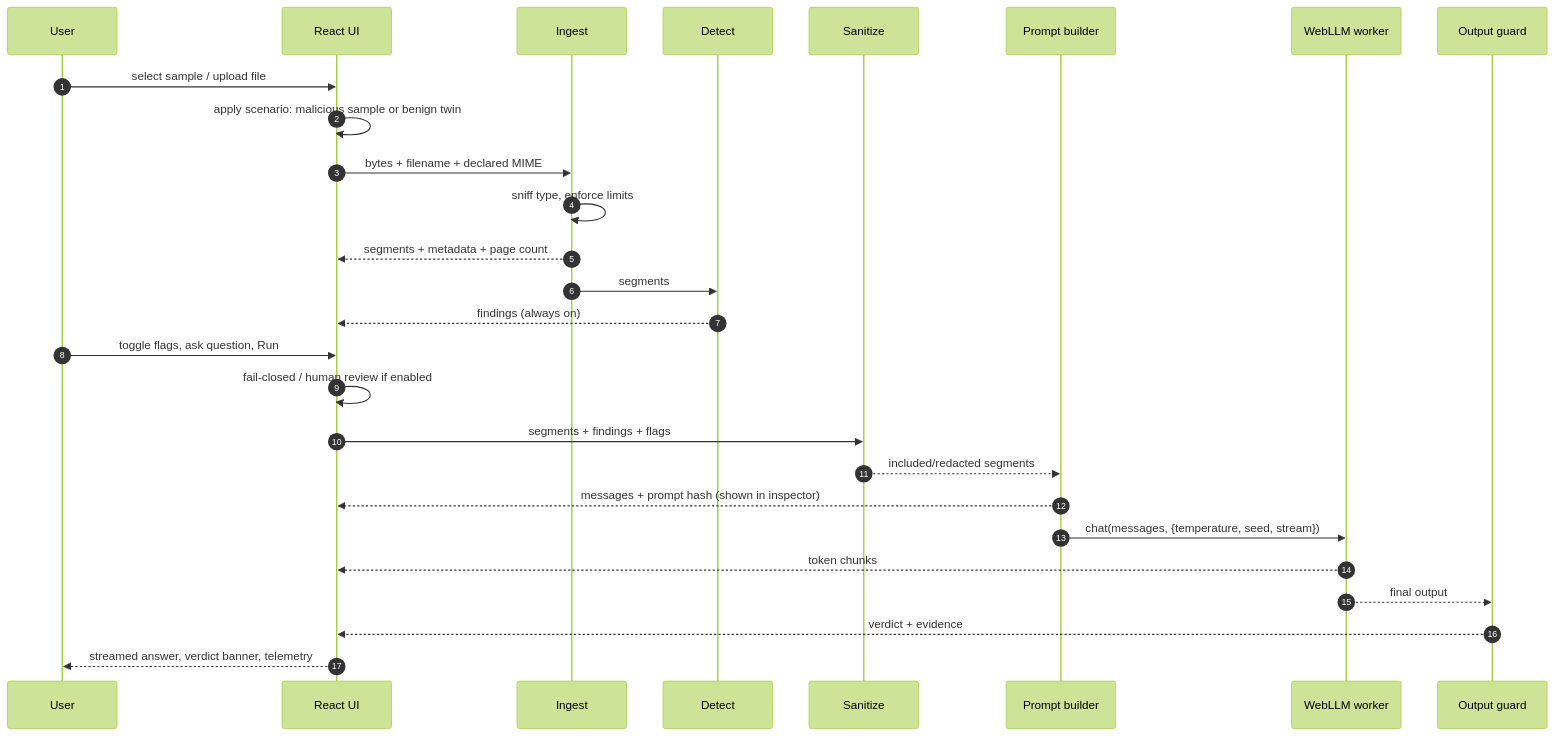
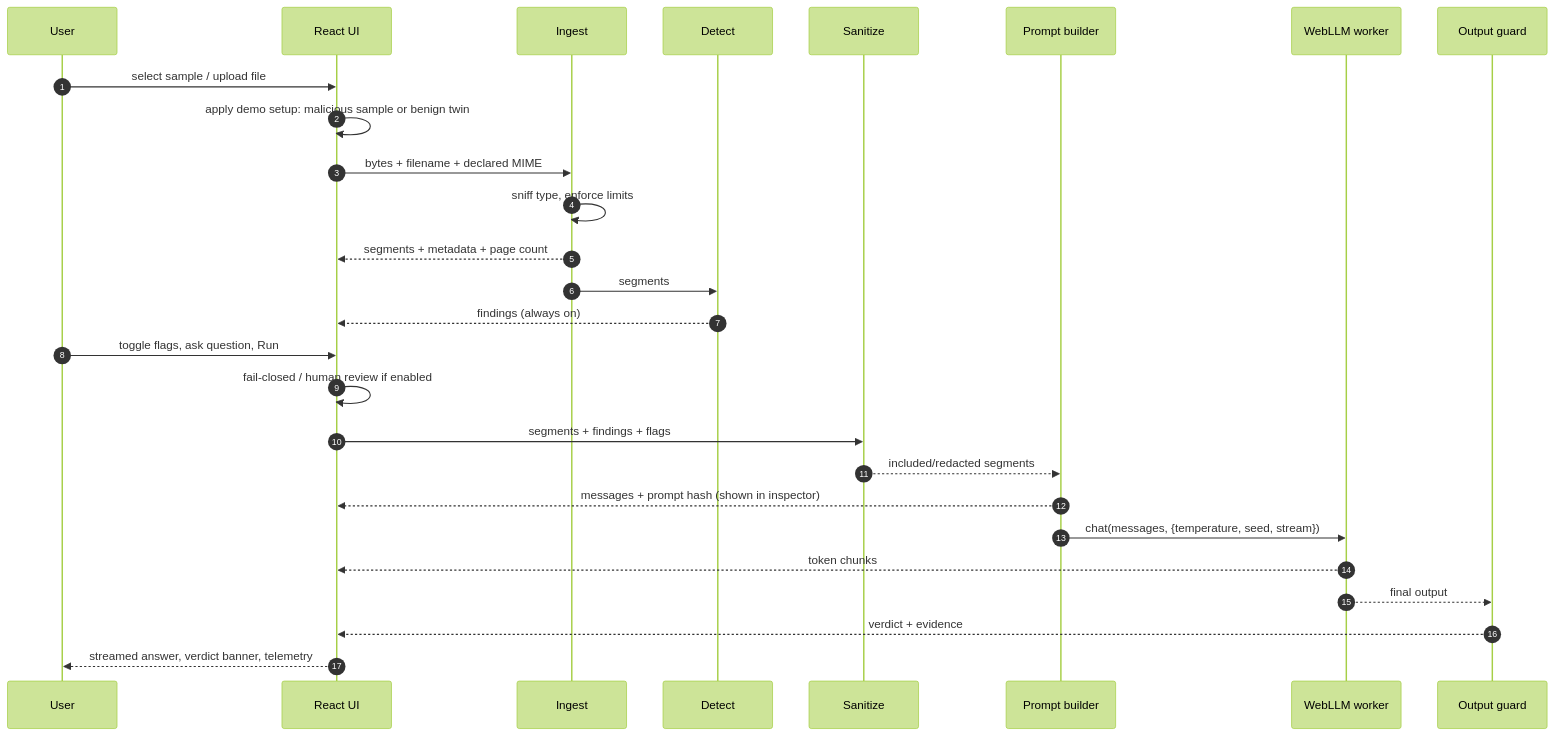
Before and after one commit to Soto92/product-tool-pocs: the third of 3 diagrams in prompt-injection-lab/docs/02-architecture.md, drawn with Mermaid (forest theme). The commit also changed other lines of this file and 68 other files, not shown here.

````diff
--- a/prompt-injection-lab/docs/02-architecture.md
+++ b/prompt-injection-lab/docs/02-architecture.md
@@ -367,30 +371,30 @@
 ```mermaid
 sequenceDiagram
     autonumber
     participant U as User
     participant UI as React UI
     participant ING as Ingest
     participant DET as Detect
     participant SAN as Sanitize
     participant PB as Prompt builder
     participant W as WebLLM worker
     participant OG as Output guard
 
     U->>UI: select sample / upload file
-    UI->>UI: apply scenario: malicious sample or benign twin
+    UI->>UI: apply demo setup: malicious sample or benign twin
     UI->>ING: bytes + filename + declared MIME
     ING->>ING: sniff type, enforce limits
     ING-->>UI: segments + metadata + page count
     ING->>DET: segments
     DET-->>UI: findings (always on)
     U->>UI: toggle flags, ask question, Run
     UI->>UI: fail-closed / human review if enabled
     UI->>SAN: segments + findings + flags
     SAN-->>PB: included/redacted segments
     PB-->>UI: messages + prompt hash (shown in inspector)
     PB->>W: chat(messages, {temperature, seed, stream})
     W-->>UI: token chunks
     W-->>OG: final output
     OG-->>UI: verdict + evidence
     UI-->>U: streamed answer, verdict banner, telemetry
 ```
````
